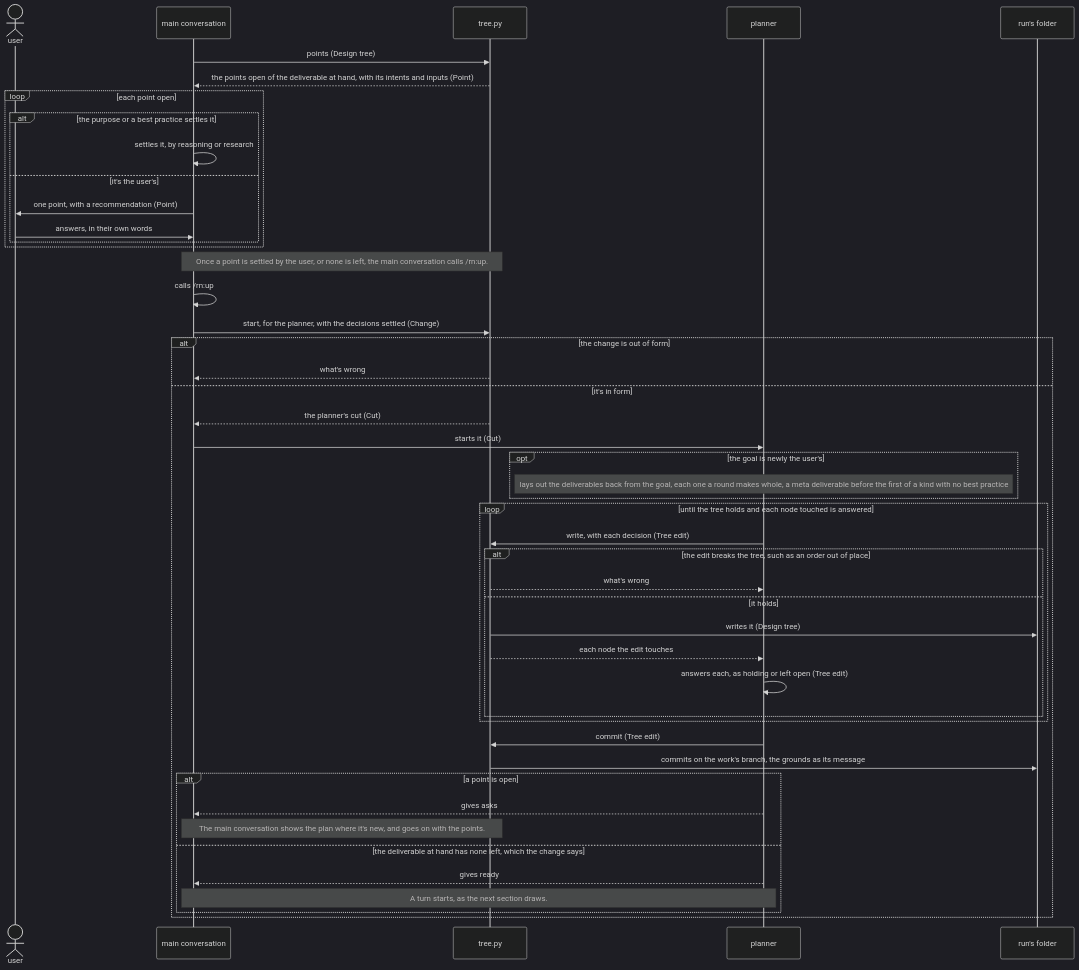
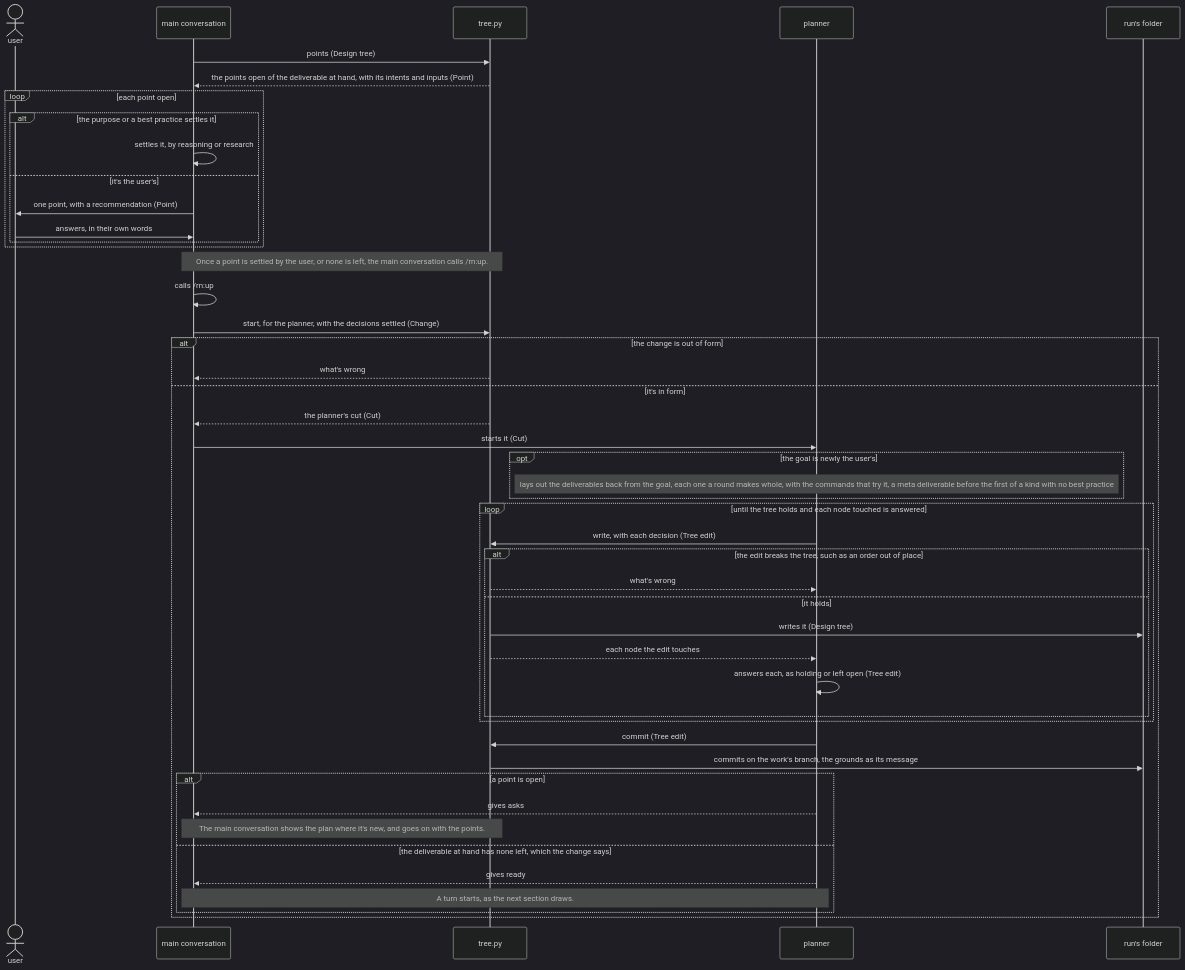
The second of 6 diagrams in dev/rn/architecture.md (lovaizu/ccpm), drawn with Mermaid (dark theme) before and after one commit. The commit also changed other lines of this file and 8 other files, not shown here.

````diff
--- a/dev/rn/architecture.md
+++ b/dev/rn/architecture.md
@@ -409,49 +426,49 @@
 ```mermaid
 sequenceDiagram
   actor U as user
   participant M as main conversation
   participant T as tree.py
   participant P as planner
   participant R as run's folder
   M->>T: points (Design tree)
   T-->>M: the points open of the deliverable at hand, with its intents and inputs (Point)
   loop each point open
     alt the purpose or a best practice settles it
       M->>M: settles it, by reasoning or research
     else it's the user's
       M->>U: one point, with a recommendation (Point)
       U->>M: answers, in their own words
     end
   end
   Note over M,T: Once a point is settled by the user, or none is left, the main conversation calls /rn:up.
   M->>M: calls /rn:up
   M->>T: start, for the planner, with the decisions settled (Change)
   alt the change is out of form
     T-->>M: what's wrong
   else it's in form
     T-->>M: the planner's cut (Cut)
     M->>P: starts it (Cut)
     opt the goal is newly the user's
-      Note over P: lays out the deliverables back from the goal, each one a round makes whole, a meta deliverable before the first of a kind with no best practice
+      Note over P: lays out the deliverables back from the goal, each one a round makes whole, with the commands that try it, a meta deliverable before the first of a kind with no best practice
     end
     loop until the tree holds and each node touched is answered
       P->>T: write, with each decision (Tree edit)
       alt the edit breaks the tree, such as an order out of place
         T-->>P: what's wrong
       else it holds
         T->>R: writes it (Design tree)
         T-->>P: each node the edit touches
         P->>P: answers each, as holding or left open (Tree edit)
       end
     end
     P->>T: commit (Tree edit)
     T->>R: commits on the work's branch, the grounds as its message
     alt a point is open
       P-->>M: gives asks
       Note over M,T: The main conversation shows the plan where it's new, and goes on with the points.
     else the deliverable at hand has none left, which the change says
       P-->>M: gives ready
       Note over M,P: A turn starts, as the next section draws.
     end
   end
 ```
````
